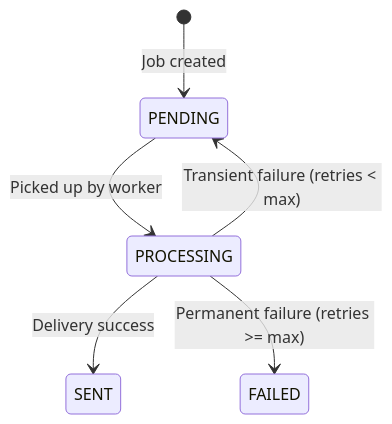
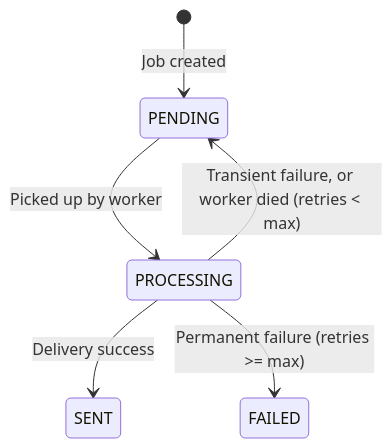
One commit to SakthiQ/Healthcare-Appointment-Follow-up-Manager changed the fourth of 4 diagrams in docs/database-design.md. Above: the diagram before and after it, drawn with Mermaid. The commit also changed other lines of this file and 29 other files, not shown here.

````diff
--- a/docs/database-design.md
+++ b/docs/database-design.md
@@ -204,8 +205,8 @@
 ```mermaid
 stateDiagram-v2
     [*] --> PENDING : Job created
     PENDING --> PROCESSING : Picked up by worker
     PROCESSING --> SENT : Delivery success
-    PROCESSING --> PENDING : Transient failure (retries < max)
+    PROCESSING --> PENDING : Transient failure, or worker died (retries < max)
     PROCESSING --> FAILED : Permanent failure (retries >= max)
 ```
````
